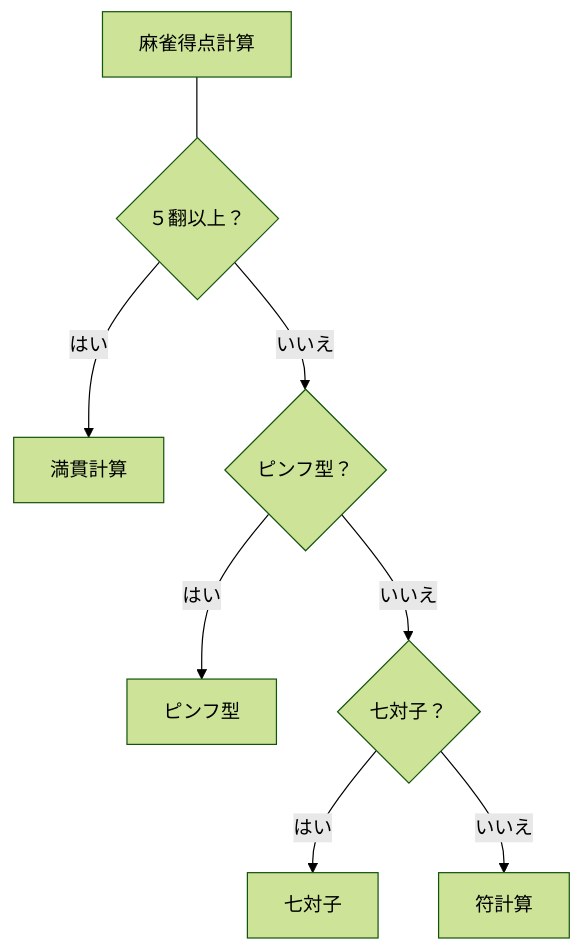
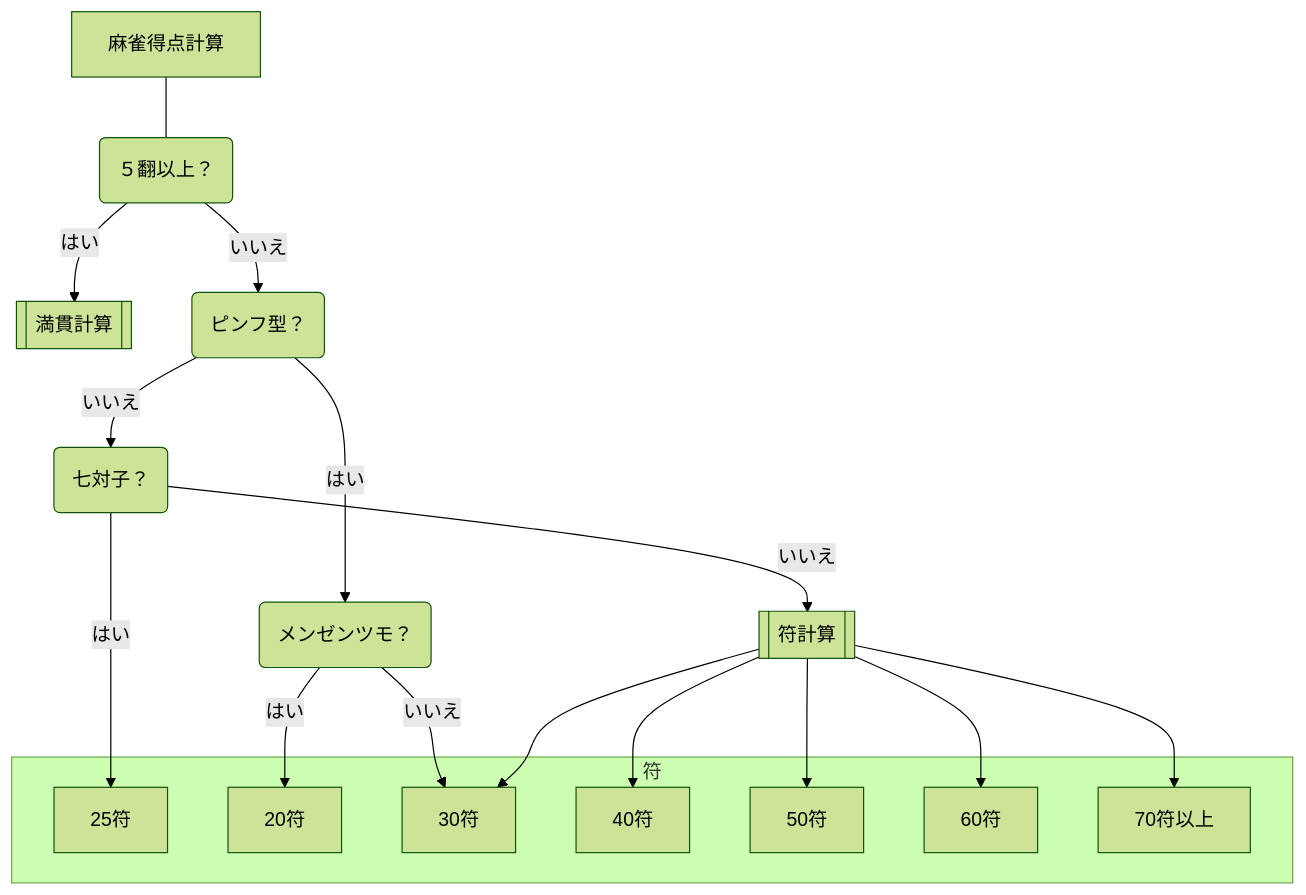
The diagram in docs/mahjong-calc.md (tkhshr/tkhshr.github.io), drawn with Mermaid (forest theme) before and after one commit.

````diff
--- a/docs/mahjong-calc.md
+++ b/docs/mahjong-calc.md
@@ -6,10 +6,22 @@
 ```mermaid
 graph TD;
-    S["麻雀得点計算"] --- Q1{"５翻以上？"};
-    Q1 -->|"はい"| M["満貫計算"];
-    Q1 -->|"いいえ"| Q2{"ピンフ型？"};
-    Q2 -->|"はい"| P["ピンフ型"];
-    Q2 -->|"いいえ"| Q3{"七対子？"};
-    Q3 -->|"はい"| SP["七対子"];
-    Q3 -->|"いいえ"| F["符計算"]
+    S["麻雀得点計算"] --- Q1
+    Q1("５翻以上？") -->|"はい"| M[["満貫計算"]]
+    Q1 -->|"いいえ"| Q2
+    Q2("ピンフ型？") -->|"はい"| P_Q1
+    Q2 -->|"いいえ"| Q3
+    Q3("七対子？" )-->|"はい"| 25FU
+    Q3 -->|"いいえ"| FC
+    P_Q1("メンゼンツモ？" )-->|"はい"| 20FU
+    P_Q1 -->|"いいえ"| 30FU
+    FC[["符計算"]] --> 30FU & 40FU & 50FU & 60FU & 70FUover
+    subgraph F ["符"]
+        20FU["20符"]
+        25FU["25符"]
+        30FU["30符"]
+        40FU["40符"]
+        50FU["50符"]
+        60FU["60符"]
+        70FUover["70符以上"]
+    end
 ```
````
